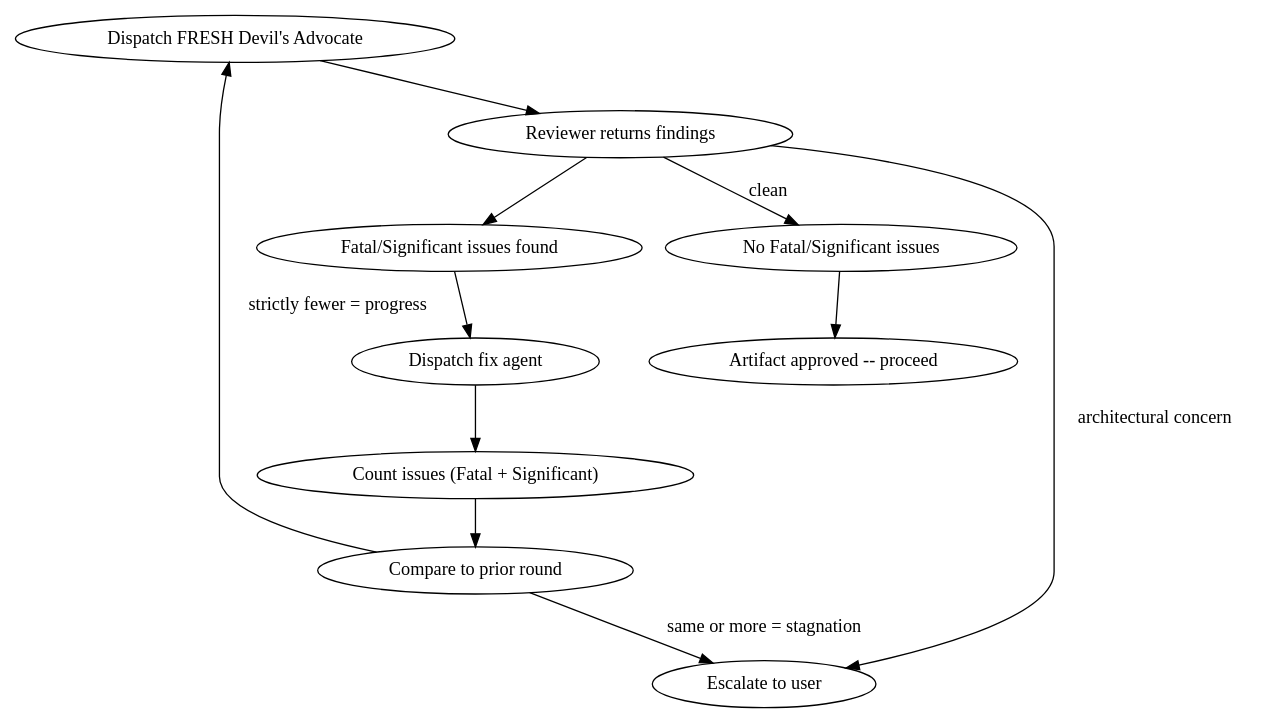
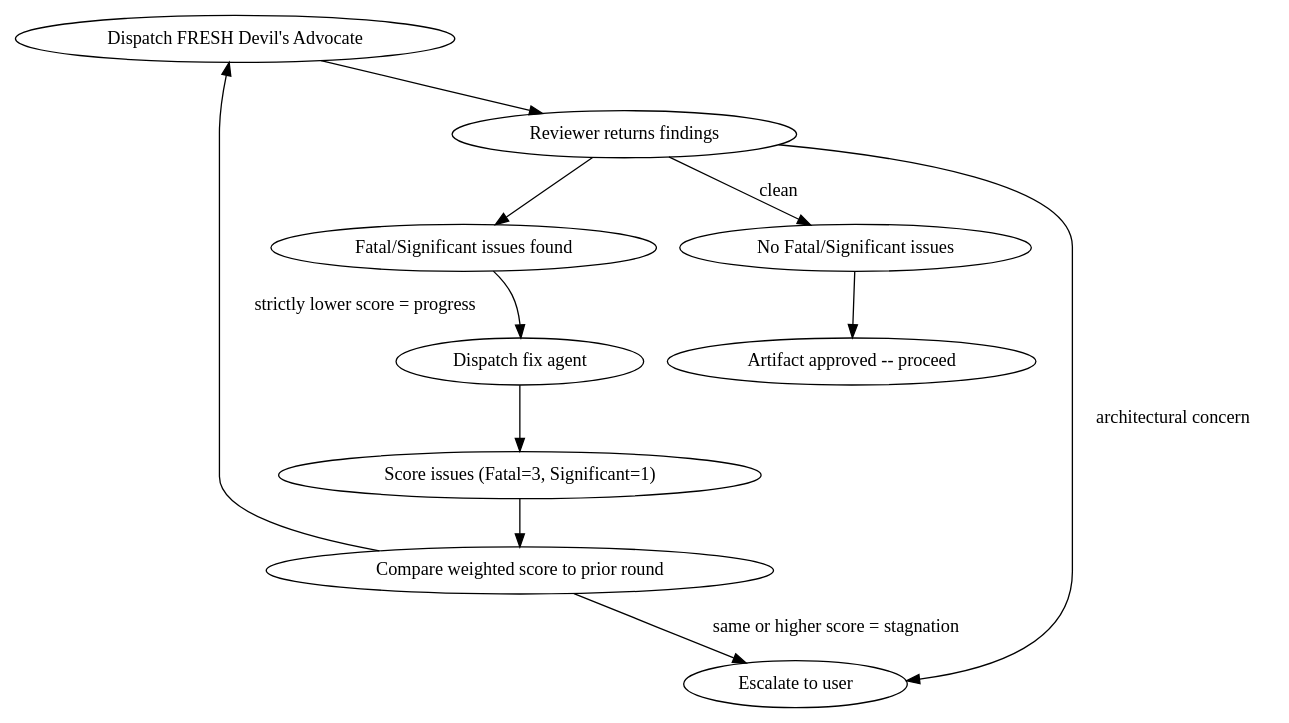
The diagram in skills/red-team/SKILL.md (coreyfloyd/crucible), drawn with Graphviz before and after one commit. The commit also changed other lines of this file and 4 other files, not shown here.

First line of the commit message:
feat: replace 3-round quality gate cap with weighted stagnation detection

````diff
--- a/skills/red-team/SKILL.md
+++ b/skills/red-team/SKILL.md
@@ -26,14 +26,14 @@
 ```dot
 digraph red_team_loop {
   "Dispatch FRESH Devil's Advocate" -> "Reviewer returns findings";
   "Reviewer returns findings" -> "No Fatal/Significant issues" [label="clean"];
   "No Fatal/Significant issues" -> "Artifact approved -- proceed";
   "Reviewer returns findings" -> "Fatal/Significant issues found";
   "Fatal/Significant issues found" -> "Dispatch fix agent";
-  "Dispatch fix agent" -> "Count issues (Fatal + Significant)";
-  "Count issues (Fatal + Significant)" -> "Compare to prior round";
-  "Compare to prior round" -> "Dispatch FRESH Devil's Advocate" [label="strictly fewer = progress"];
-  "Compare to prior round" -> "Escalate to user" [label="same or more = stagnation"];
+  "Dispatch fix agent" -> "Score issues (Fatal=3, Significant=1)";
+  "Score issues (Fatal=3, Significant=1)" -> "Compare weighted score to prior round";
+  "Compare weighted score to prior round" -> "Dispatch FRESH Devil's Advocate" [label="strictly lower score = progress"];
+  "Compare weighted score to prior round" -> "Escalate to user" [label="same or higher score = stagnation"];
   "Reviewer returns findings" -> "Escalate to user" [label="architectural concern"];
 }
 ```
````
